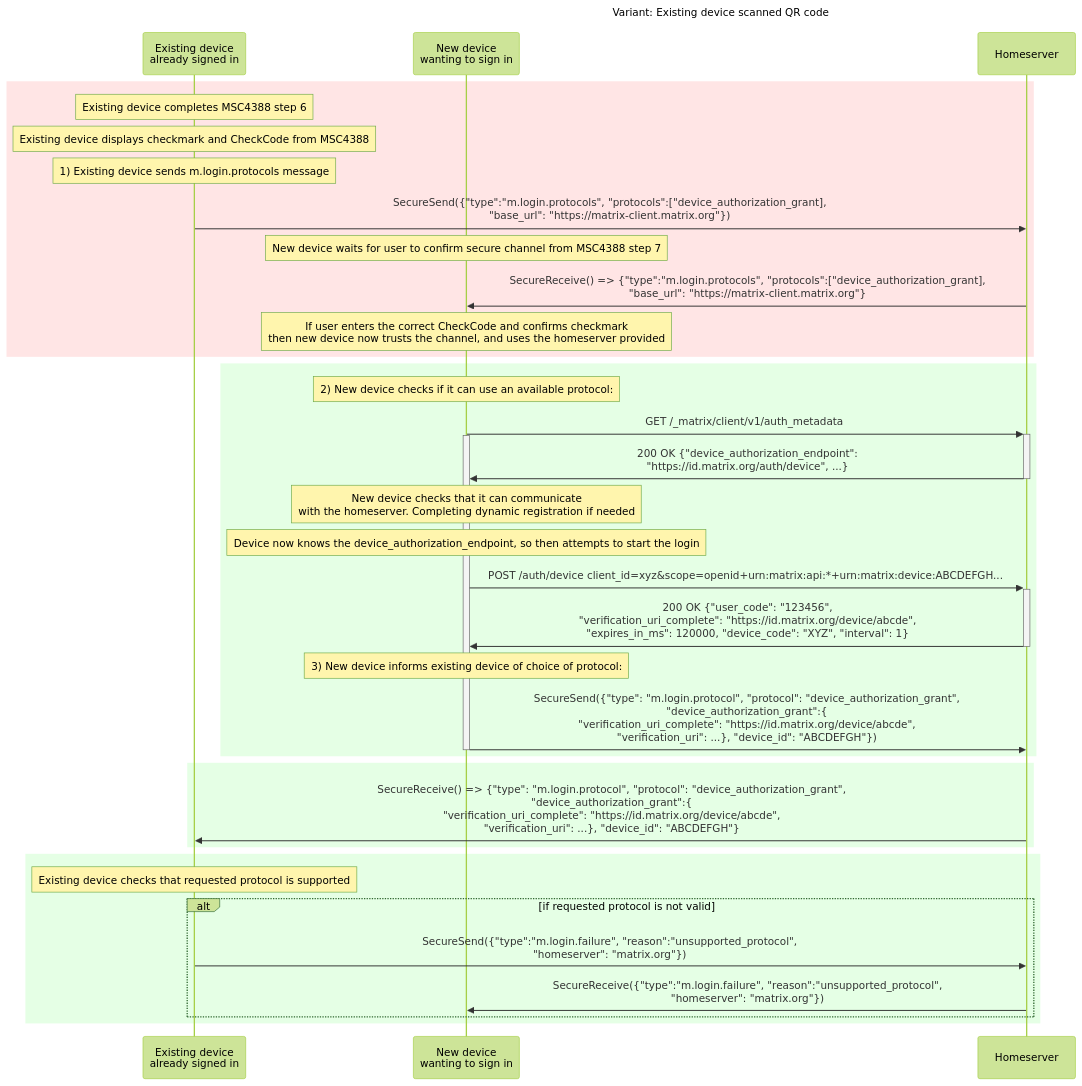
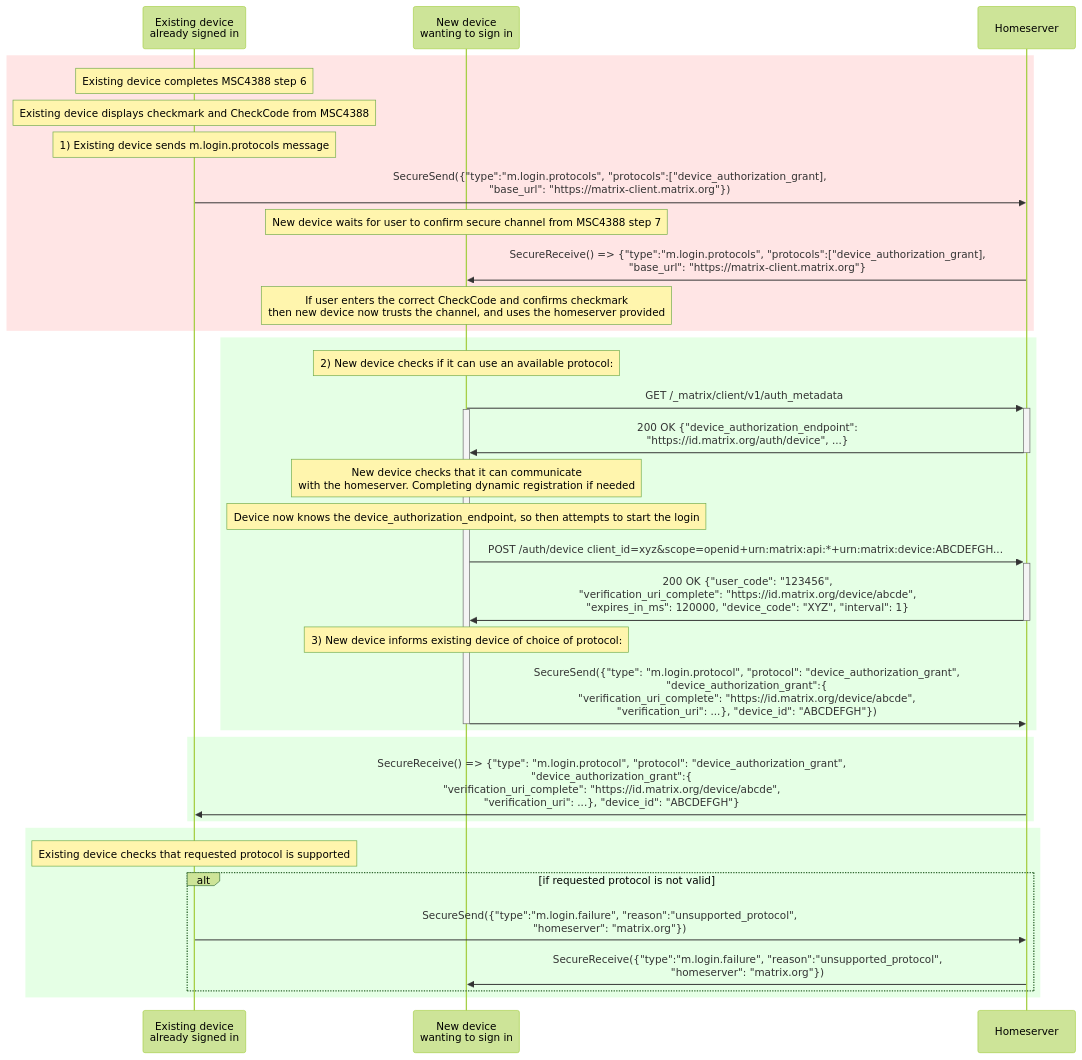
The third of 5 diagrams in proposals/4108-oidc-qr-login.md (matrix-org/matrix-spec-proposals), drawn with Mermaid (forest theme) before and after one commit. The commit also changed other lines of this file, not shown here.

Commit message:
Remove titles from diagrams

````diff
--- a/proposals/4108-oidc-qr-login.md
+++ b/proposals/4108-oidc-qr-login.md
@@ -343,62 +342,61 @@
 ```mermaid
 sequenceDiagram
-    title: Variant: Existing device scanned QR code
     participant E as Existing device <br>already signed in
     participant N as New device <br>wanting to sign in
     participant HS as Homeserver
 
 
     #alt if New device scanned QR code
     #    note over N: New device completes checks from secure channel establishment step 6 - it now trusts the channel
     #    note over N: 1) New device got server base URL from the QR code
 
     rect rgba(255,0,0, 0.1)
     #else if Existing device scanned QR code
         note over E: Existing device completes MSC4388 step 6
         note over E: Existing device displays checkmark and CheckCode from MSC4388
         note over E: 1) Existing device sends m.login.protocols message
         E->>HS: SecureSend({"type":"m.login.protocols", "protocols":["device_authorization_grant],<br> "base_url": "https://matrix-client.matrix.org"})
         note over N: New device waits for user to confirm secure channel from MSC4388 step 7
         HS->>N: SecureReceive() => {"type":"m.login.protocols", "protocols":["device_authorization_grant],<br> "base_url": "https://matrix-client.matrix.org"}
         note over N: If user enters the correct CheckCode and confirms checkmark<br>then new device now trusts the channel, and uses the homeserver provided
     end
 
 
     rect rgba(0,255,0, 0.1)
     note over N: 2) New device checks if it can use an available protocol:
         N->>+HS: GET /_matrix/client/v1/auth_metadata
     activate N
         HS->>-N: 200 OK {"device_authorization_endpoint":<br> "https://id.matrix.org/auth/device", ...}
         Note over N: New device checks that it can communicate<br> with the homeserver. Completing dynamic registration if needed
         Note over N: Device now knows the device_authorization_endpoint, so then attempts to start the login
         N->>+HS: POST /auth/device client_id=xyz&scope=openid+urn:matrix:api:*+urn:matrix:device:ABCDEFGH...
         HS->>-N: 200 OK {"user_code": "123456",<br>"verification_uri_complete": "https://id.matrix.org/device/abcde",<br>"expires_in_ms": 120000, "device_code": "XYZ", "interval": 1}
         note over N: 3) New device informs existing device of choice of protocol:
         N->>HS: SecureSend({"type": "m.login.protocol", "protocol": "device_authorization_grant",<br> "device_authorization_grant":{<br>"verification_uri_complete": "https://id.matrix.org/device/abcde",<br>"verification_uri": ...}, "device_id": "ABCDEFGH"})
 
     deactivate N
     end
 
     # alt if New device scanned QR code
     #    note over N: New device displays checkmark and CheckCode
     #    note over E: Existing device waits for user to enter CheckCode<br>and confirm secure channel from step 7
     #end
 
     rect rgba(0,255,0, 0.1)
         HS->>E: SecureReceive() => {"type": "m.login.protocol", "protocol": "device_authorization_grant",<br> "device_authorization_grant":{<br>"verification_uri_complete": "https://id.matrix.org/device/abcde",<br>"verification_uri": ...}, "device_id": "ABCDEFGH"}
     end
 
     # alt if New device scanned QR code
     #    note over E: If user entered correct CheckCode<br>and confirms checkmark then existing device now trusts the channel
     #end
 
 
     rect rgba(0,255,0, 0.1)
     note over E: Existing device checks that requested protocol is supported
 
     alt if requested protocol is not valid
         E->>HS: SecureSend({"type":"m.login.failure", "reason":"unsupported_protocol",<br>"homeserver": "matrix.org"})
         HS->>N: SecureReceive({"type":"m.login.failure", "reason":"unsupported_protocol",<br>"homeserver": "matrix.org"})
     end
     end
 ```
````
